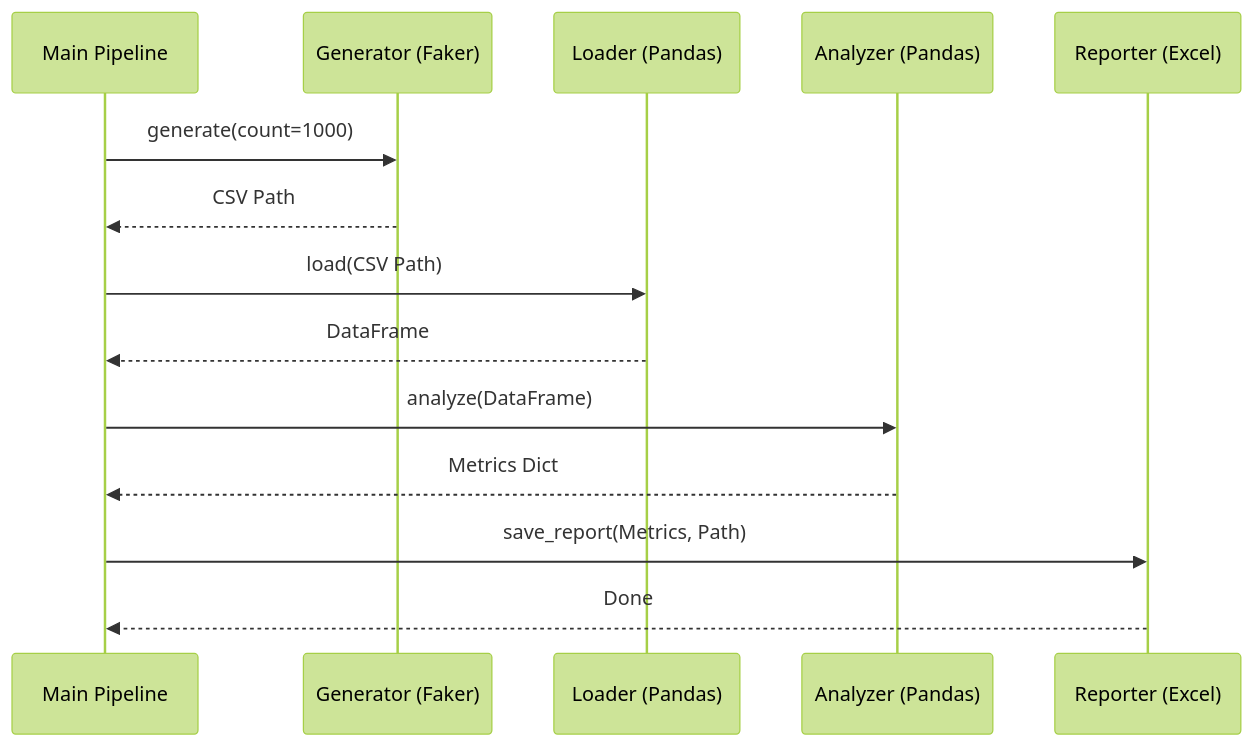
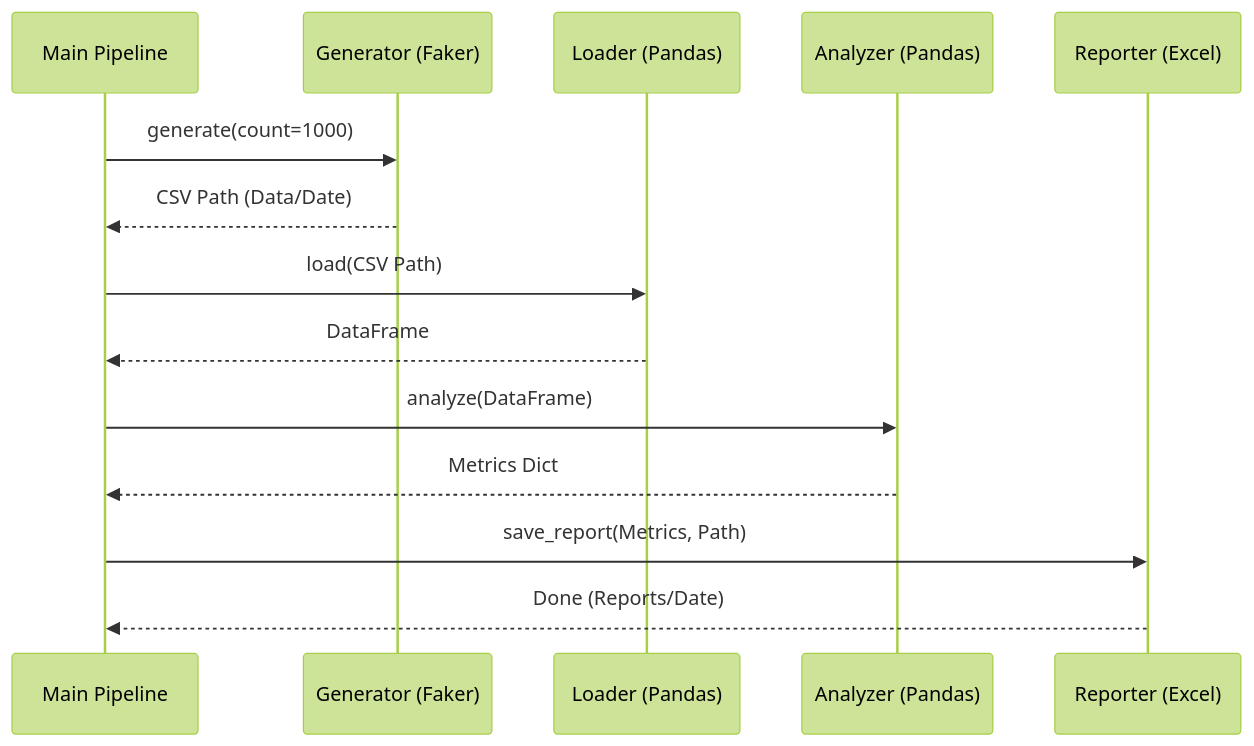
One commit to Mukha92/my-project changed the diagram in second-subfolder/README.md. Above: the diagram before and after it, drawn with Mermaid (forest theme). The commit also changed other lines of this file, not shown here.

````diff
--- a/second-subfolder/README.md
+++ b/second-subfolder/README.md
@@ -16,17 +16,17 @@
 ```mermaid
 sequenceDiagram
     participant Main as Main Pipeline
     participant Gen as Generator (Faker)
     participant Loader as Loader (Pandas)
     participant Analyzer as Analyzer (Pandas)
     participant Reporter as Reporter (Excel)
 
     Main->>Gen: generate(count=1000)
-    Gen-->>Main: CSV Path
+    Gen-->>Main: CSV Path (Data/Date)
     Main->>Loader: load(CSV Path)
     Loader-->>Main: DataFrame
     Main->>Analyzer: analyze(DataFrame)
     Analyzer-->>Main: Metrics Dict
     Main->>Reporter: save_report(Metrics, Path)
-    Reporter-->>Main: Done
+    Reporter-->>Main: Done (Reports/Date)
 ```
````
